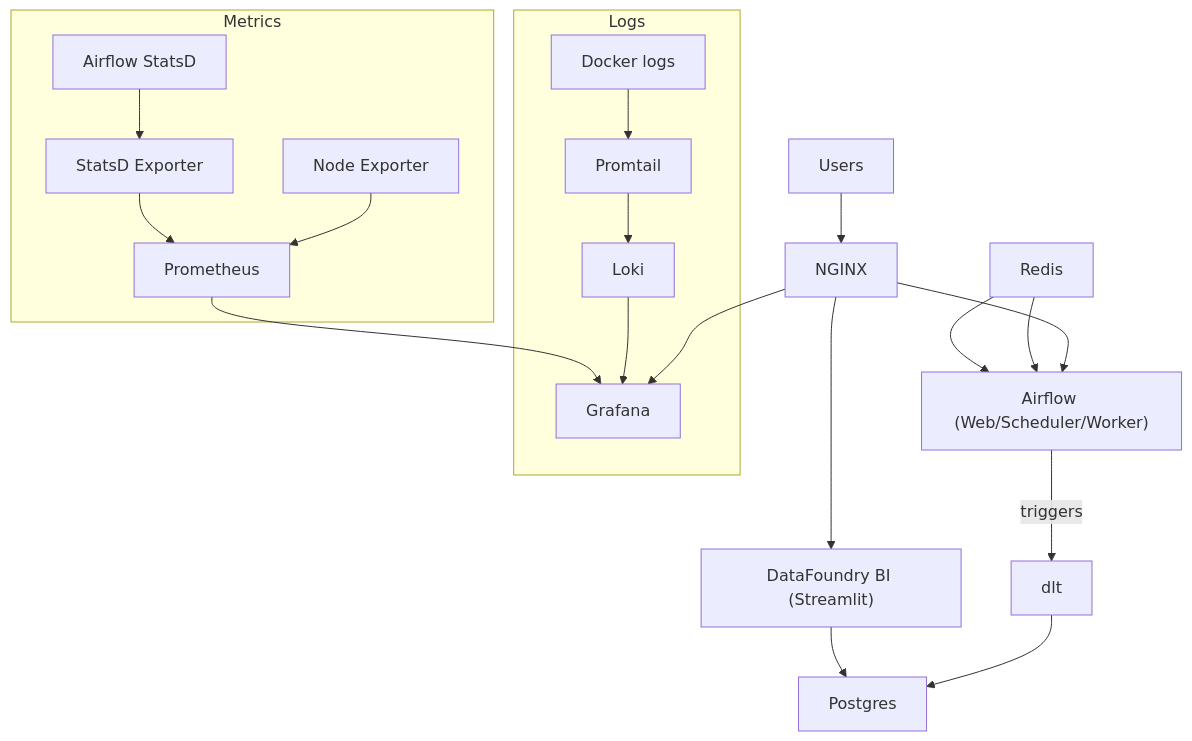
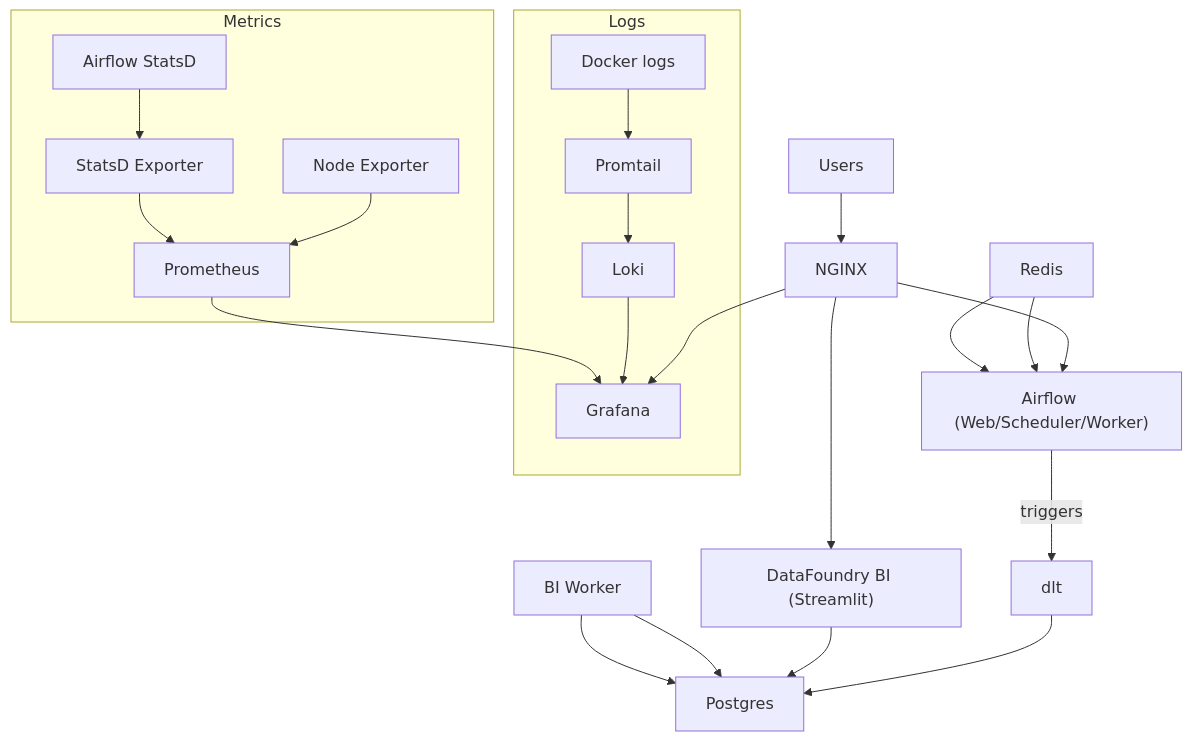
The diagram in architecture.md (jordansgoodman/DataFoundry), drawn with Mermaid before and after one commit. The commit also changed other lines of this file and 7 other files, not shown here.

````diff
--- a/architecture.md
+++ b/architecture.md
@@ -73,22 +80,24 @@
 ```mermaid
 flowchart TD
   U["Users"] --> N["NGINX"]
   N --> S["DataFoundry BI (Streamlit)"]
   N --> A["Airflow (Web/Scheduler/Worker)"]
   N --> G["Grafana"]
 
   A -->|triggers| D["dlt"]
   D --> P["Postgres"]
   S --> P
+  BW["BI Worker"] --> P
+  BW --> P
   R["Redis"] --> A
   R --> A
 
   subgraph Logs
     L1["Docker logs"] --> PR["Promtail"] --> LK["Loki"] --> G
   end
 
   subgraph Metrics
     NE["Node Exporter"] --> PM["Prometheus"] --> G
     SD["Airflow StatsD"] --> SE["StatsD Exporter"] --> PM
   end
 ```
````
